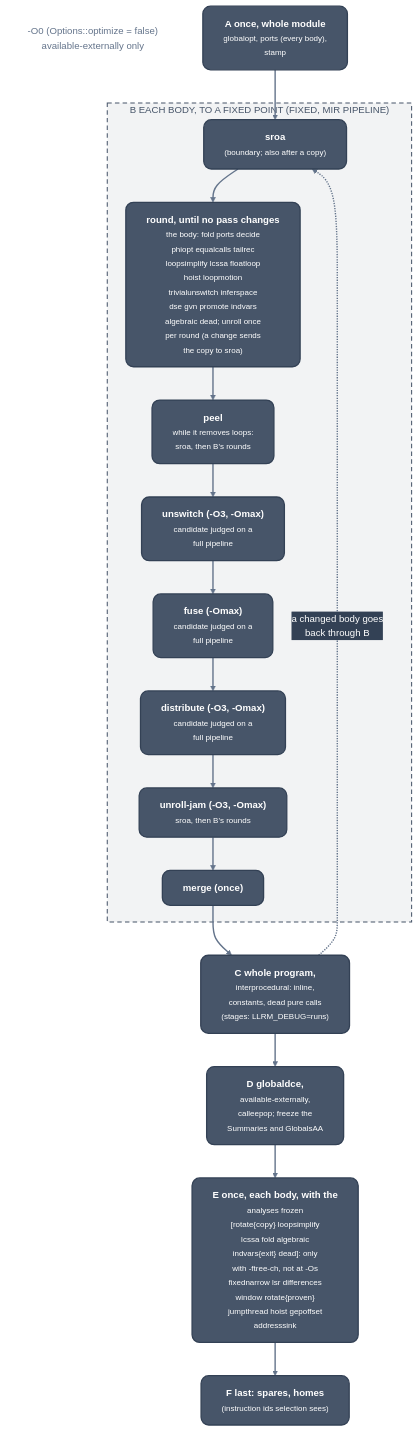
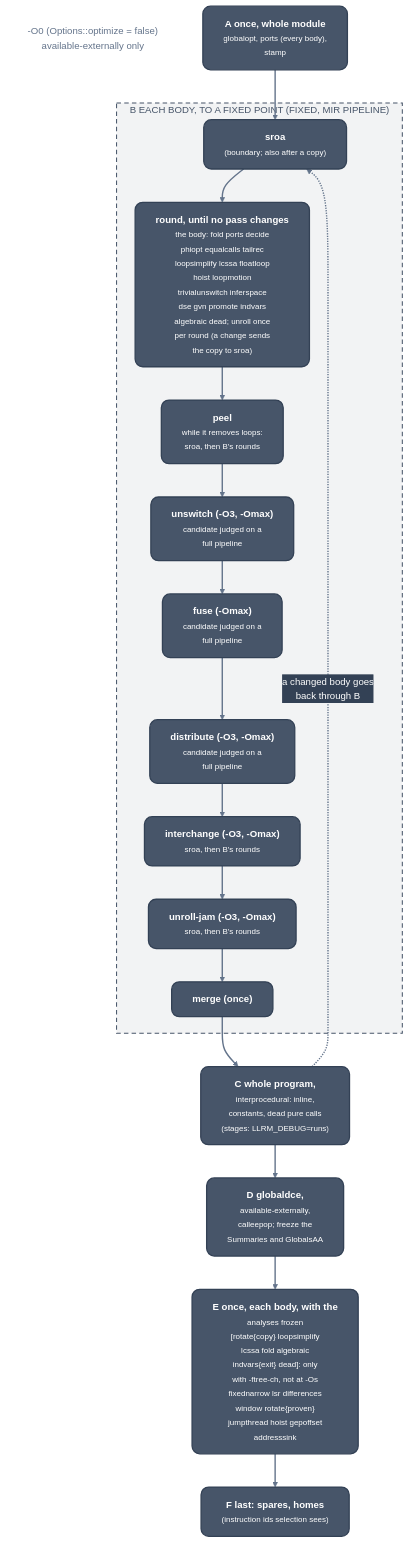
One commit to ali-mosavian/llrm changed the diagram in docs/optimizations/passes/pipeline.md. Above: the diagram before and after it, drawn with Mermaid. The commit also changed other lines of this file and 28 other files, not shown here.

````diff
--- a/docs/optimizations/passes/pipeline.md
+++ b/docs/optimizations/passes/pipeline.md
@@ -18,37 +18,39 @@
 ```mermaid
 %%{init: {'theme':'base','themeVariables':{'fontFamily':'Segoe UI, Helvetica Neue, Arial, DejaVu Sans, sans-serif','fontSize':'15px','primaryColor':'#475569','primaryTextColor':'#ffffff','primaryBorderColor':'#334155','lineColor':'#64748b','secondaryColor':'#475569','tertiaryColor':'transparent','clusterBkg':'transparent','clusterBorder':'#64748b','edgeLabelBackground':'#334155','textColor':'#64748b','titleColor':'#64748b'},'flowchart':{'curve':'basis','nodeSpacing':38,'rankSpacing':52,'padding':16,'wrappingWidth':360,'htmlLabels':true,'useMaxWidth':true}}}%%
 flowchart TB
   classDef mid fill:#475569,stroke:#334155,stroke-width:2px,color:#ffffff,rx:12px,ry:12px
   classDef note fill:transparent,stroke:transparent,color:#64748b
   linkStyle default stroke:#64748b,stroke-width:2.2px
   o0["-O0 (Options::optimize = false)<br/>available-externally only"]:::note
   a["<b>A  once, whole module</b><br/><small>globalopt, ports (every body),<br/>stamp</small>"]:::mid
   subgraph g_b["B  EACH BODY, TO A FIXED POINT (FIXED, MIR PIPELINE)"]
     sroa["<b>sroa</b><br/><small>(boundary#59; also after a copy)</small>"]:::mid
     rnd["<b>round, until no pass changes</b><br/><small>the body: fold ports decide<br/>phiopt equalcalls tailrec<br/>loopsimplify lcssa floatloop<br/>hoist loopmotion<br/>trivialunswitch inferspace<br/>dse gvn promote indvars<br/>algebraic dead#59; unroll once<br/>per round (a change sends<br/>the copy to sroa)</small>"]:::mid
     peel["<b>peel</b><br/><small>while it removes loops:<br/>sroa, then B's rounds</small>"]:::mid
     unsw["<b>unswitch (-O3, -Omax)</b><br/><small>candidate judged on a<br/>full pipeline</small>"]:::mid
     dist["<b>distribute (-O3, -Omax)</b><br/><small>candidate judged on a<br/>full pipeline</small>"]:::mid
     fuse["<b>fuse (-Omax)</b><br/><small>candidate judged on a<br/>full pipeline</small>"]:::mid
+    swap["<b>interchange (-O3, -Omax)</b><br/><small>sroa, then B's rounds</small>"]:::mid
     jam["<b>unroll-jam (-O3, -Omax)</b><br/><small>sroa, then B's rounds</small>"]:::mid
     mrg["<b>merge (once)</b>"]:::mid
   end
   c["<b>C  whole program,</b><br/><small>interprocedural: inline,<br/>constants, dead pure calls<br/>(stages: LLRM_DEBUG=runs)</small>"]:::mid
   d["<b>D  globaldce,</b><br/><small>available-externally,<br/>calleepop#59; freeze the<br/>Summaries and GlobalsAA</small>"]:::mid
   e["<b>E  once, each body, with the</b><br/><small>analyses frozen<br/>[rotate#123;copy#125; loopsimplify<br/>lcssa fold algebraic<br/>indvars#123;exit#125; dead]: only<br/>with -ftree-ch, not at -Os<br/>fixednarrow lsr differences<br/>window rotate#123;proven#125;<br/>jumpthread hoist gepoffset<br/>addresssink</small>"]:::mid
   f["<b>F  last: spares, homes</b><br/><small>(instruction ids selection sees)</small>"]:::mid
   a --> sroa
   sroa --> rnd
   rnd --> peel
   peel --> unsw
   unsw --> fuse
   fuse --> dist
-  dist --> jam
+  dist --> swap
+  swap --> jam
   jam --> mrg
   mrg --> c
   c -.->|"a changed body goes<br/>back through B"| sroa
   c --> d
   d --> e
   e --> f
   style g_b fill:#47556912,stroke:#475569,stroke-width:1.6px,stroke-dasharray:7 5,color:#475569
 ```
````
